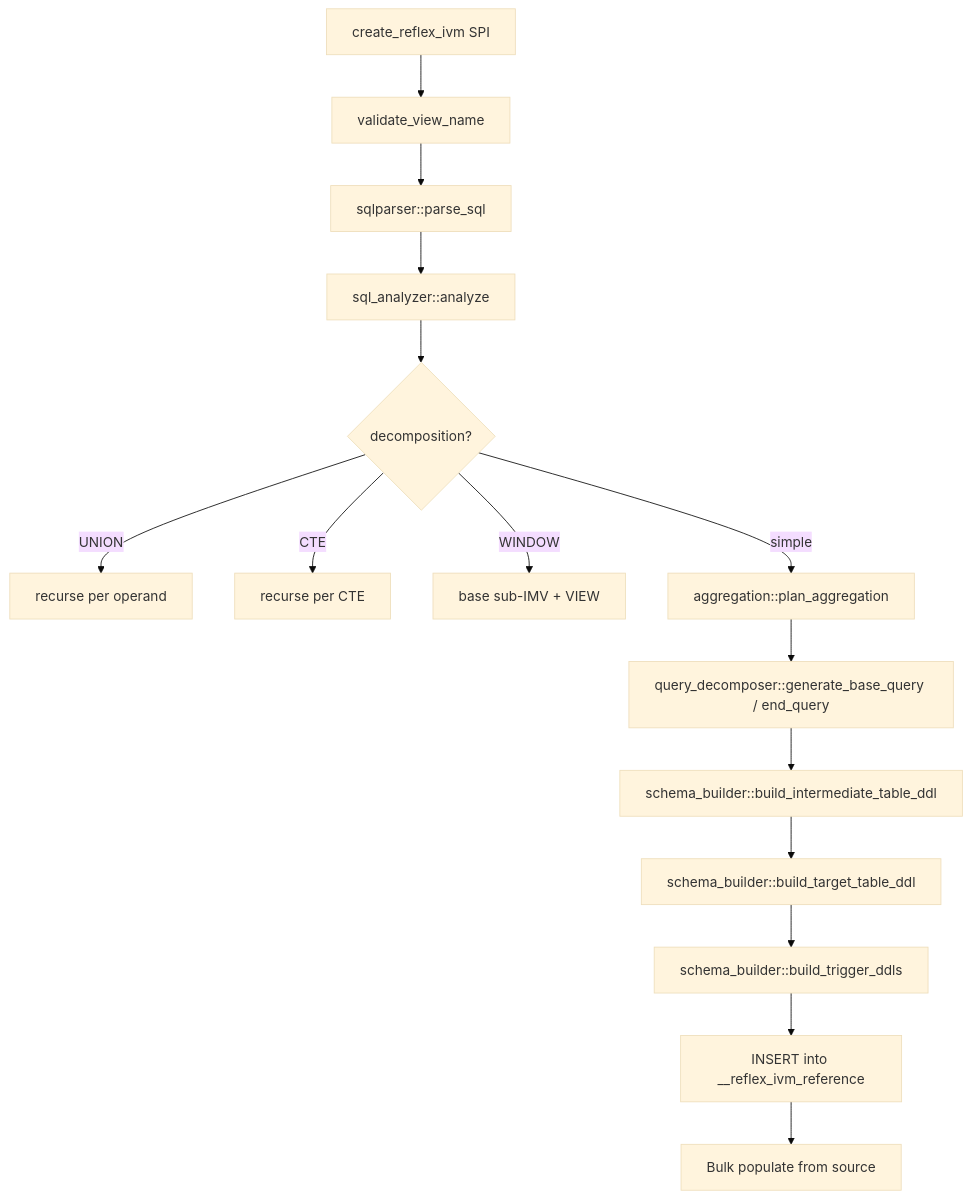
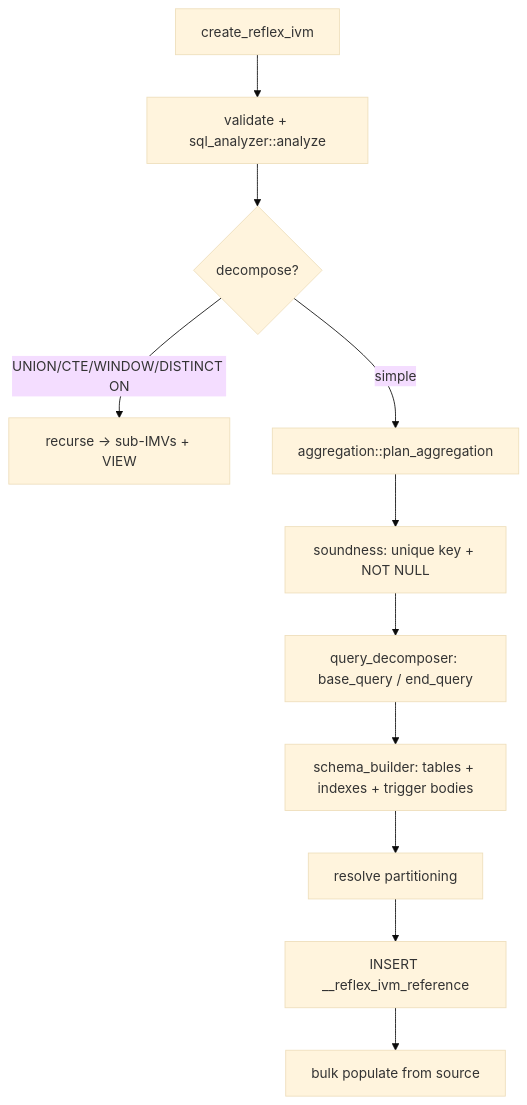
The first of 2 diagrams in docs/contributing/architecture-tour.md (diviyank/pg_reflex), drawn with Mermaid (base theme) before and after one commit. The commit also changed other lines of this file and 15 other files, not shown here.

````diff
--- a/docs/contributing/architecture-tour.md
+++ b/docs/contributing/architecture-tour.md
@@ -25,17 +97,13 @@
 ```mermaid
 flowchart TD
-    A[create_reflex_ivm SPI] --> B[validate_view_name]
-    B --> C[sqlparser::parse_sql]
-    C --> D[sql_analyzer::analyze]
-    D --> E{decomposition?}
-    E -->|UNION| F1[recurse per operand]
-    E -->|CTE| F2[recurse per CTE]
-    E -->|WINDOW| F3[base sub-IMV + VIEW]
-    E -->|simple| G[aggregation::plan_aggregation]
-    G --> H[query_decomposer::generate_base_query / end_query]
-    H --> I[schema_builder::build_intermediate_table_ddl]
-    I --> J[schema_builder::build_target_table_ddl]
-    J --> K[schema_builder::build_trigger_ddls]
-    K --> L[INSERT into __reflex_ivm_reference]
-    L --> M[Bulk populate from source]
+    A[create_reflex_ivm] --> B[validate + sql_analyzer::analyze]
+    B --> C{decompose?}
+    C -->|UNION/CTE/WINDOW/DISTINCT ON| D[recurse → sub-IMVs + VIEW]
+    C -->|simple| E[aggregation::plan_aggregation]
+    E --> F[soundness: unique key + NOT NULL]
+    F --> G[query_decomposer: base_query / end_query]
+    G --> H[schema_builder: tables + indexes + trigger bodies]
+    H --> I[resolve partitioning]
+    I --> J[INSERT __reflex_ivm_reference]
+    J --> K[bulk populate from source]
 ```
````
